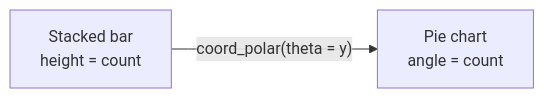
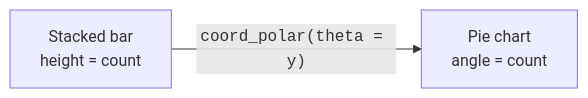
The diagram in content/learn/mastering-ggplot2/flipping-and-polar-coordinates.mdx (dataslope/dataslope), drawn with Mermaid before and after one commit. The commit also changed 46 other files, not shown here.

First line of the commit message:
Wrap code in mermaid edge labels + entity/table names in DB diagrams

````diff
--- a/content/learn/mastering-ggplot2/flipping-and-polar-coordinates.mdx
+++ b/content/learn/mastering-ggplot2/flipping-and-polar-coordinates.mdx
@@ -83,4 +83,4 @@
 ```mermaid
 flowchart LR
-    SB["Stacked bar<br/>height = count"] -->|"coord_polar(theta = y)"| PIE["Pie chart<br/>angle = count"]
+    SB["Stacked bar<br/>height = count"] -->|"<code>coord_polar(theta = y)</code>"| PIE["Pie chart<br/>angle = count"]
 ```
````
